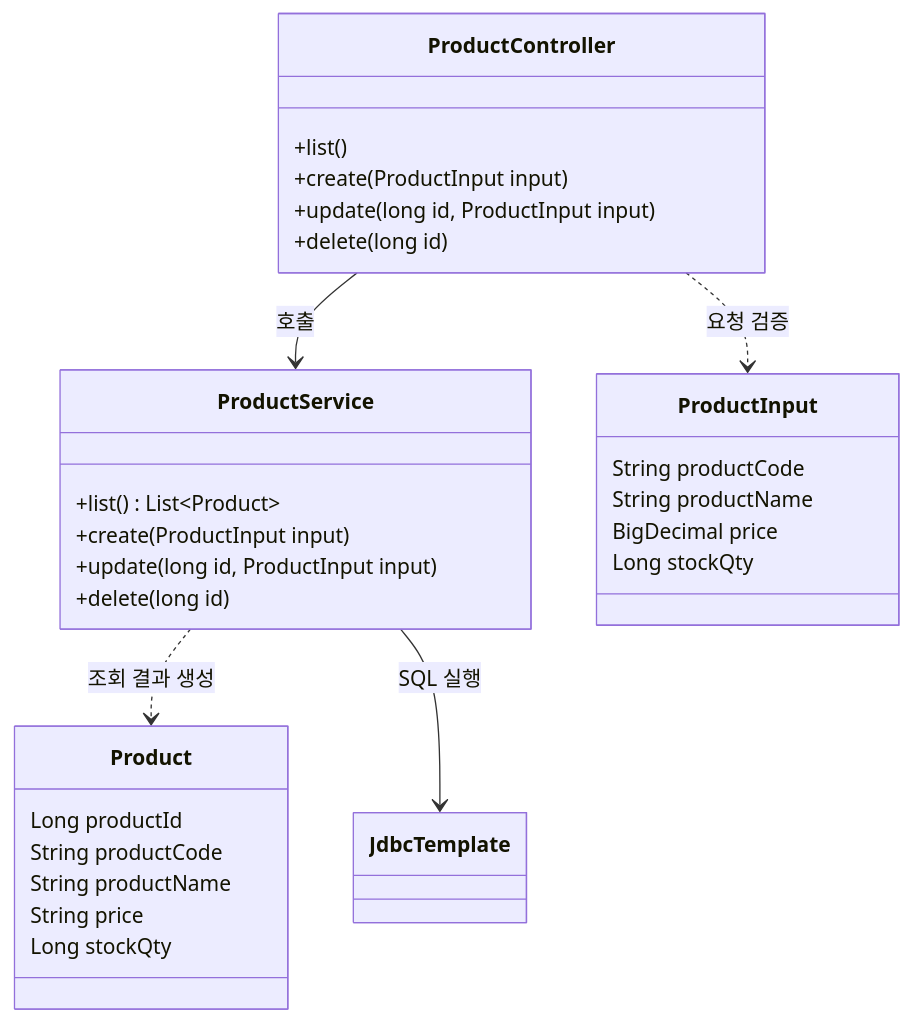
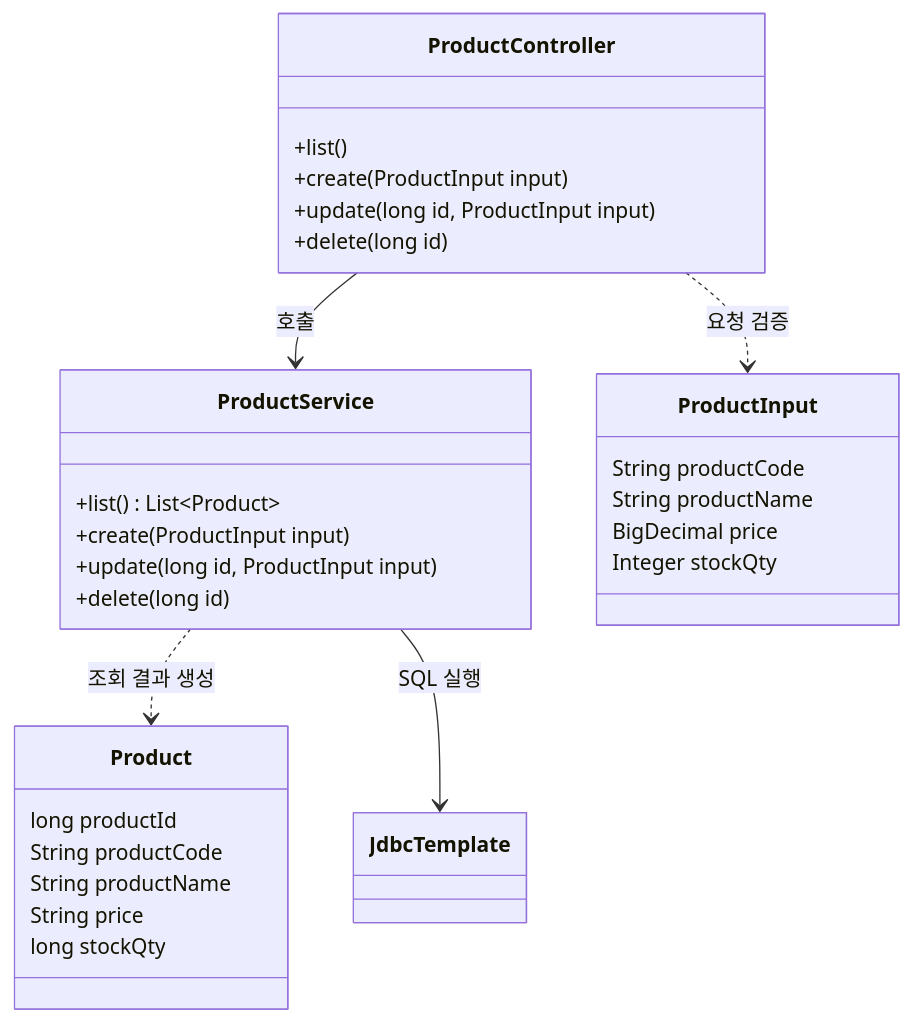
The first of 2 diagrams in docs/product-uml.md (jae0000/smart-erp), drawn with Mermaid before and after one commit. The commit also changed other lines of this file and 3 other files, not shown here.

````diff
--- a/docs/product-uml.md
+++ b/docs/product-uml.md
@@ -7,33 +7,33 @@
 ```mermaid
 classDiagram
     direction TB
     class ProductController {
         +list()
         +create(ProductInput input)
         +update(long id, ProductInput input)
         +delete(long id)
     }
     class ProductService {
         +list() List~Product~
         +create(ProductInput input)
         +update(long id, ProductInput input)
         +delete(long id)
     }
     class ProductInput {
         String productCode
         String productName
         BigDecimal price
-        Long stockQty
+        Integer stockQty
     }
     class Product {
-        Long productId
+        long productId
         String productCode
         String productName
         String price
-        Long stockQty
+        long stockQty
     }
     ProductController --> ProductService : 호출
     ProductController ..> ProductInput : 요청 검증
     ProductService ..> Product : 조회 결과 생성
     ProductService --> JdbcTemplate : SQL 실행
 ```
````
